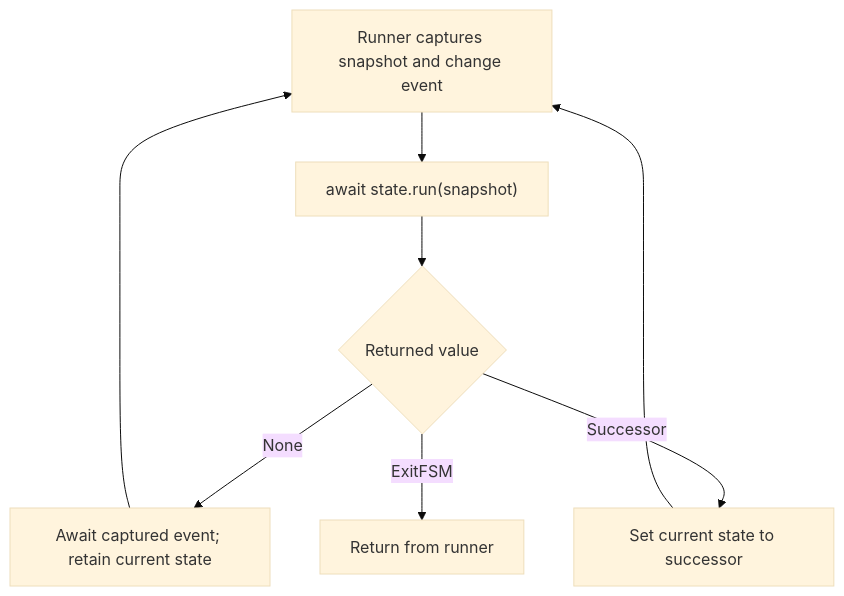
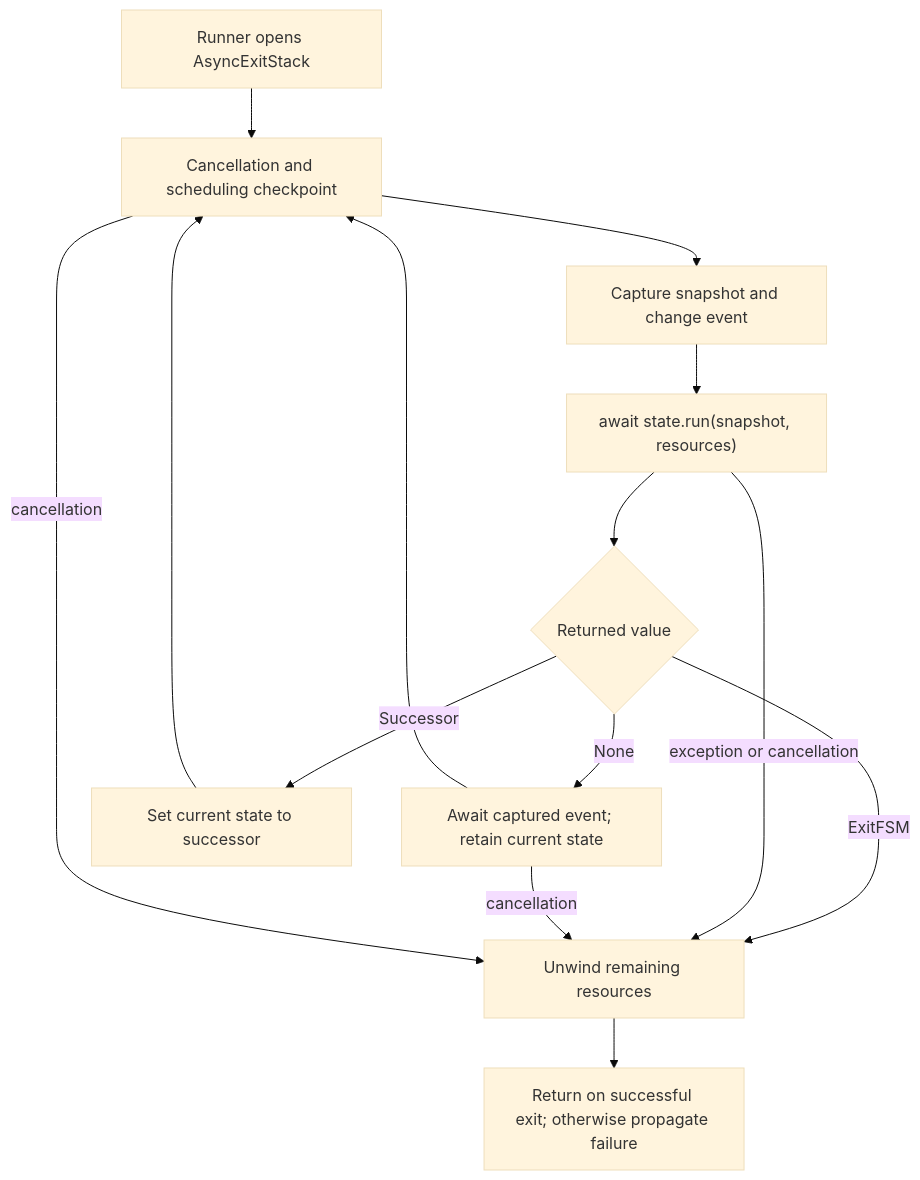
Before and after one commit to mangelajo/jumpstarter: the first of 3 diagrams in docs/source/contributing/jeps/JEP-0016-typed-fsm-exporter-lifecycle.md, drawn with Mermaid (base theme). The commit also changed other lines of this file and 2 other files, not shown here.

First line of the commit message:
fsm: yield between evaluations and specify resource lifetime

````diff
--- a/docs/source/contributing/jeps/JEP-0016-typed-fsm-exporter-lifecycle.md
+++ b/docs/source/contributing/jeps/JEP-0016-typed-fsm-exporter-lifecycle.md
@@ -97,10 +108,16 @@
 ```{mermaid}
 flowchart TD
-    Capture["Runner captures snapshot and change event"] --> Run["await state.run(snapshot)"]
+    Open["Runner opens AsyncExitStack"] --> Checkpoint["Cancellation and scheduling checkpoint"]
+    Checkpoint --> Capture["Capture snapshot and change event"]
+    Capture --> Run["await state.run(snapshot, resources)"]
     Run --> Result{"Returned value"}
     Result -->|None| Wait["Await captured event; retain current state"]
-    Wait --> Capture
+    Wait --> Checkpoint
     Result -->|Successor| Transition["Set current state to successor"]
-    Transition --> Capture
-    Result -->|ExitFSM| Exit["Return from runner"]
+    Transition --> Checkpoint
+    Result -->|ExitFSM| Unwind["Unwind remaining resources"]
+    Run -->|exception or cancellation| Unwind
+    Wait -->|cancellation| Unwind
+    Checkpoint -->|cancellation| Unwind
+    Unwind --> Exit["Return on successful exit; otherwise propagate failure"]
 ```
````
